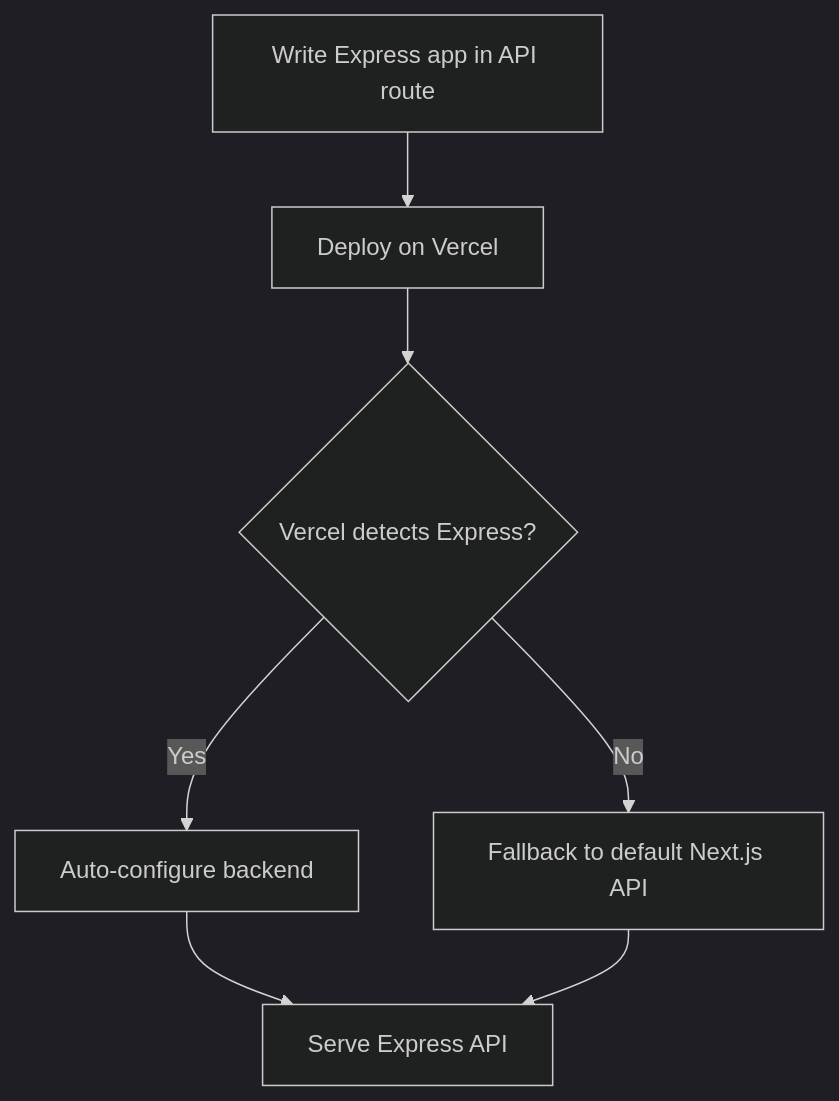
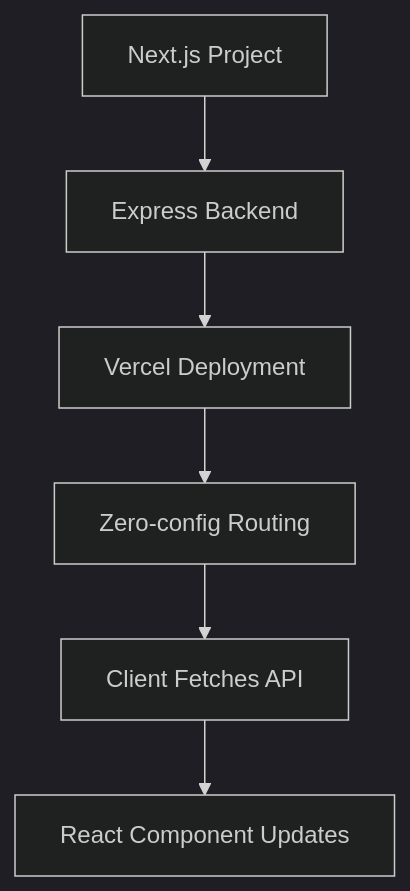
Before and after one commit to zeeshanjunaid/zeeshanjunaid.dev: the diagram in content/blog/2025-09-05-zero-configuration-express-backends-89d739.mdx, drawn with Mermaid (dark theme). The commit also changed other lines of this file, not shown here.

````diff
--- a/content/blog/2025-09-05-zero-configuration-express-backends-89d739.mdx
+++ b/content/blog/2025-09-05-zero-configuration-express-backends-89d739.mdx
@@ -132,10 +101,9 @@
 ```mermaid
 %% Express backend integration flow
 flowchart TD
-  A[Write Express app in API route] --> B[Deploy on Vercel]
-  B --> C{Vercel detects Express?}
-  C -- Yes --> D[Auto-configure backend]
-  C -- No --> E[Fallback to default Next.js API]
-  D --> F[Serve Express API]
-  E --> F
+  A[Next.js Project] --> B[Express Backend]
+  B --> C[Vercel Deployment]
+  C --> D[Zero-config Routing]
+  D --> E[Client Fetches API]
+  E --> F[React Component Updates]
 ```
````
